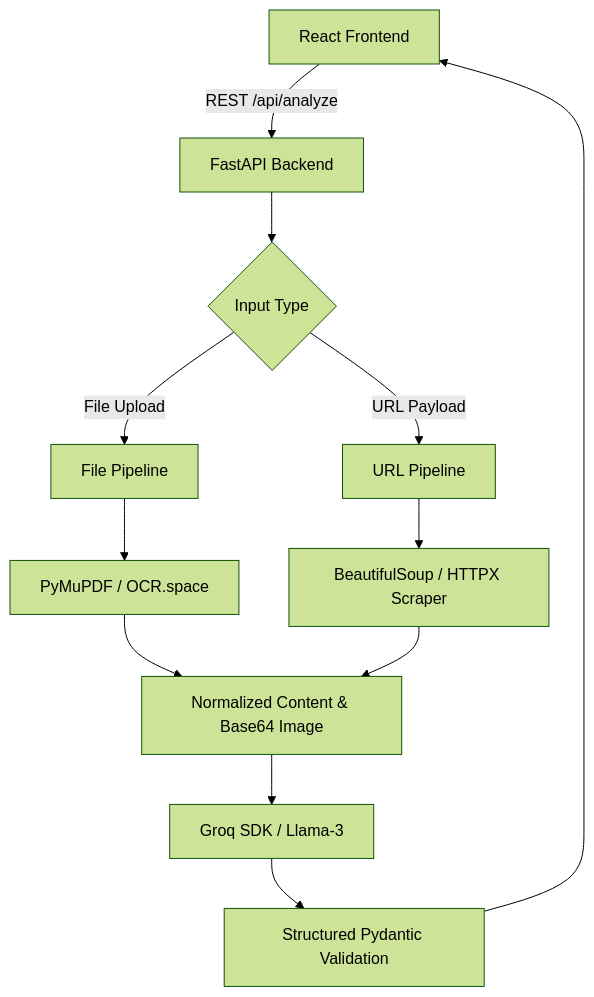
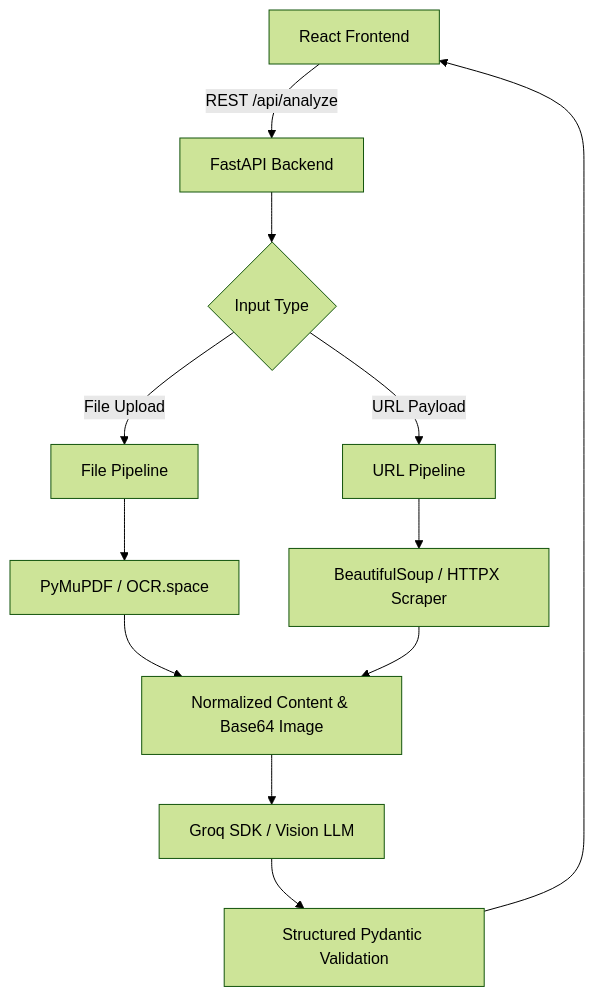
Before and after one commit to madhan-karthikeyan/social-media-posts-analyser: the diagram in README.md, drawn with Mermaid (forest theme). The commit also changed other lines of this file and 11 other files, not shown here.

````diff
--- a/README.md
+++ b/README.md
@@ -55,14 +55,14 @@
 ```mermaid
 flowchart TD
     A[React Frontend] -->|REST /api/analyze| B[FastAPI Backend]
     B --> C{Input Type}
     C -->|File Upload| D[File Pipeline]
     C -->|URL Payload| E[URL Pipeline]
     D --> F[PyMuPDF / OCR.space]
     E --> G[BeautifulSoup / HTTPX Scraper]
     F --> H[Normalized Content & Base64 Image]
     G --> H
-    H --> I[Groq SDK / Llama-3]
+    H --> I[Groq SDK / Vision LLM]
     I --> J[Structured Pydantic Validation]
     J --> A
 ```
````
